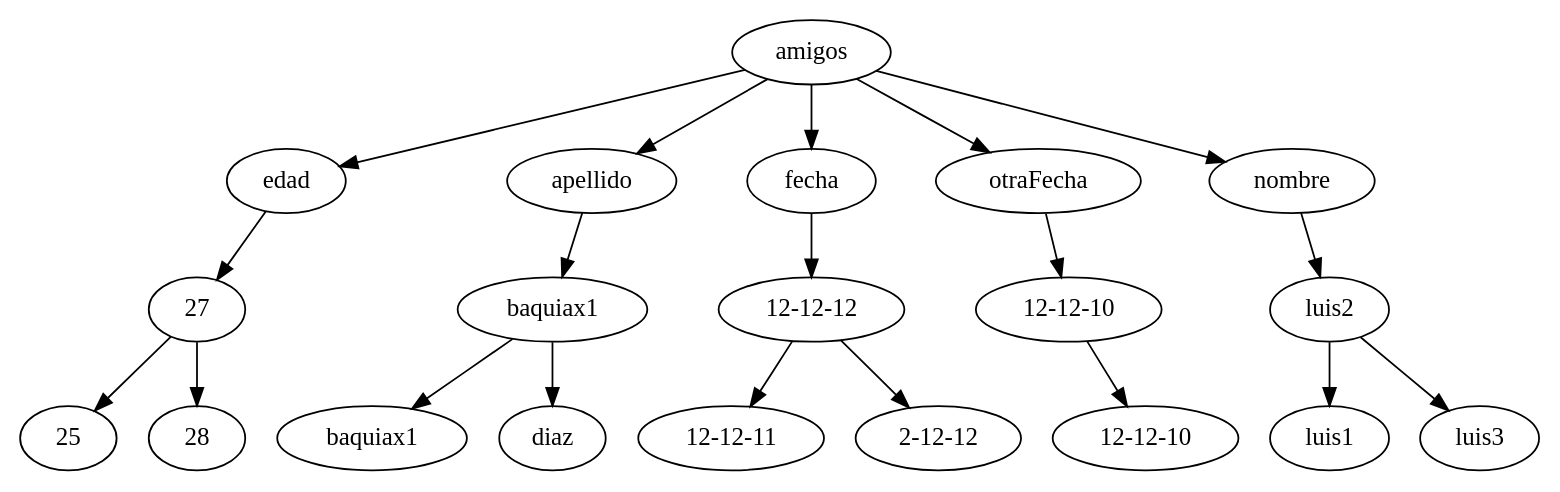
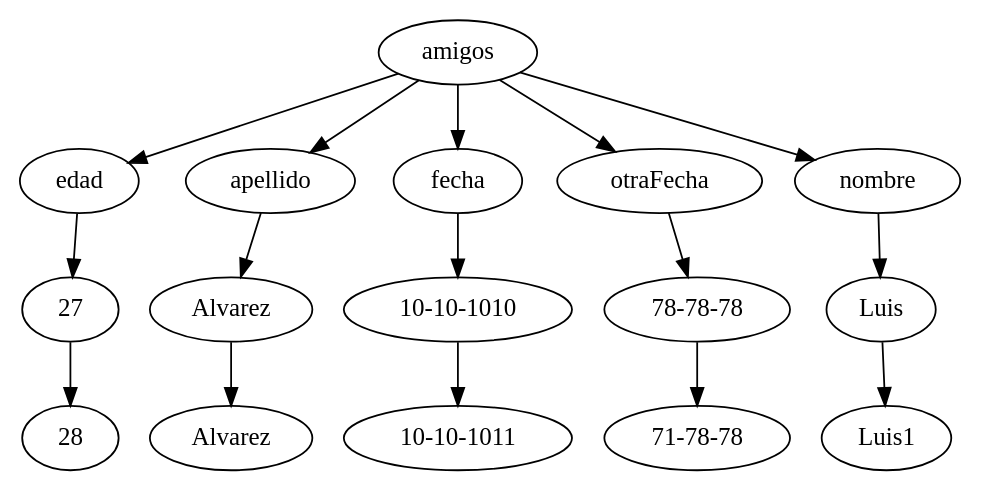
The diagram in gestor-de-contacots/contactos/amigosconarboles.dot (luisbaquiax/practica2-edd-2024), drawn with Graphviz before and after one commit. The commit also changed 25 other files, not shown here.

```diff
--- a/gestor-de-contacots/contactos/amigosconarboles.dot
+++ b/gestor-de-contacots/contactos/amigosconarboles.dot
@@ -1,40 +1,32 @@
 digraph ArbolBinario {
 amigosedad[id="amigosedad", label="edad"];
 amigosapellido[id="amigosapellido", label="apellido"];
 amigosfecha[id="amigosfecha", label="fecha"];
 amigosotraFecha[id="amigosotraFecha", label="otraFecha"];
 amigosnombre[id="amigosnombre", label="nombre"];
 amigos->amigosedad;
 amigos->amigosapellido;
 amigos->amigosfecha;
 amigos->amigosotraFecha;
 amigos->amigosnombre;
 amigosedad->amigos1edad;
 amigos1edad[id="amigos1edad", label="27"];
-amigos3edad[id="amigos3edad", label="25"];
 amigos2edad[id="amigos2edad", label="28"];
-amigos1edad->amigos3edad;
 amigos1edad->amigos2edad;
 amigosapellido->amigos1apellido;
-amigos1apellido[id="amigos1apellido", label="baquiax1"];
-amigos2apellido[id="amigos2apellido", label="baquiax1"];
-amigos3apellido[id="amigos3apellido", label="diaz"];
+amigos1apellido[id="amigos1apellido", label="Alvarez"];
+amigos2apellido[id="amigos2apellido", label="Alvarez"];
 amigos1apellido->amigos2apellido;
-amigos1apellido->amigos3apellido;
 amigosfecha->amigos1fecha;
-amigos1fecha[id="amigos1fecha", label="12-12-12"];
-amigos3fecha[id="amigos3fecha", label="12-12-11"];
-amigos2fecha[id="amigos2fecha", label="2-12-12"];
-amigos1fecha->amigos3fecha;
+amigos1fecha[id="amigos1fecha", label="10-10-1010"];
+amigos2fecha[id="amigos2fecha", label="10-10-1011"];
 amigos1fecha->amigos2fecha;
-amigosotraFecha->amigos2otraFecha;
-amigos2otraFecha[id="amigos2otraFecha", label="12-12-10"];
-amigos3otraFecha[id="amigos3otraFecha", label="12-12-10"];
-amigos2otraFecha->amigos3otraFecha;
-amigosnombre->amigos2nombre;
-amigos2nombre[id="amigos2nombre", label="luis2"];
-amigos1nombre[id="amigos1nombre", label="luis1"];
-amigos3nombre[id="amigos3nombre", label="luis3"];
-amigos2nombre->amigos1nombre;
-amigos2nombre->amigos3nombre;
+amigosotraFecha->amigos1otraFecha;
+amigos1otraFecha[id="amigos1otraFecha", label="78-78-78"];
+amigos2otraFecha[id="amigos2otraFecha", label="71-78-78"];
+amigos1otraFecha->amigos2otraFecha;
+amigosnombre->amigos1nombre;
+amigos1nombre[id="amigos1nombre", label="Luis"];
+amigos2nombre[id="amigos2nombre", label="Luis1"];
+amigos1nombre->amigos2nombre;
 }
```
